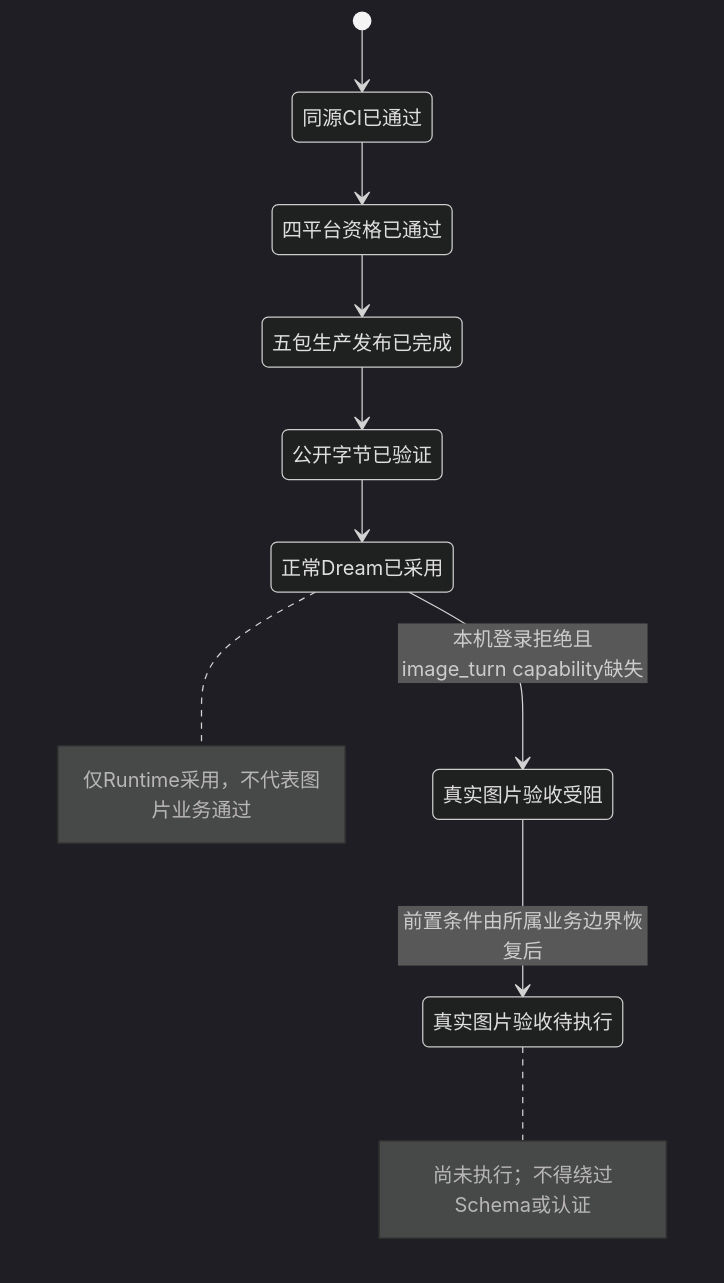
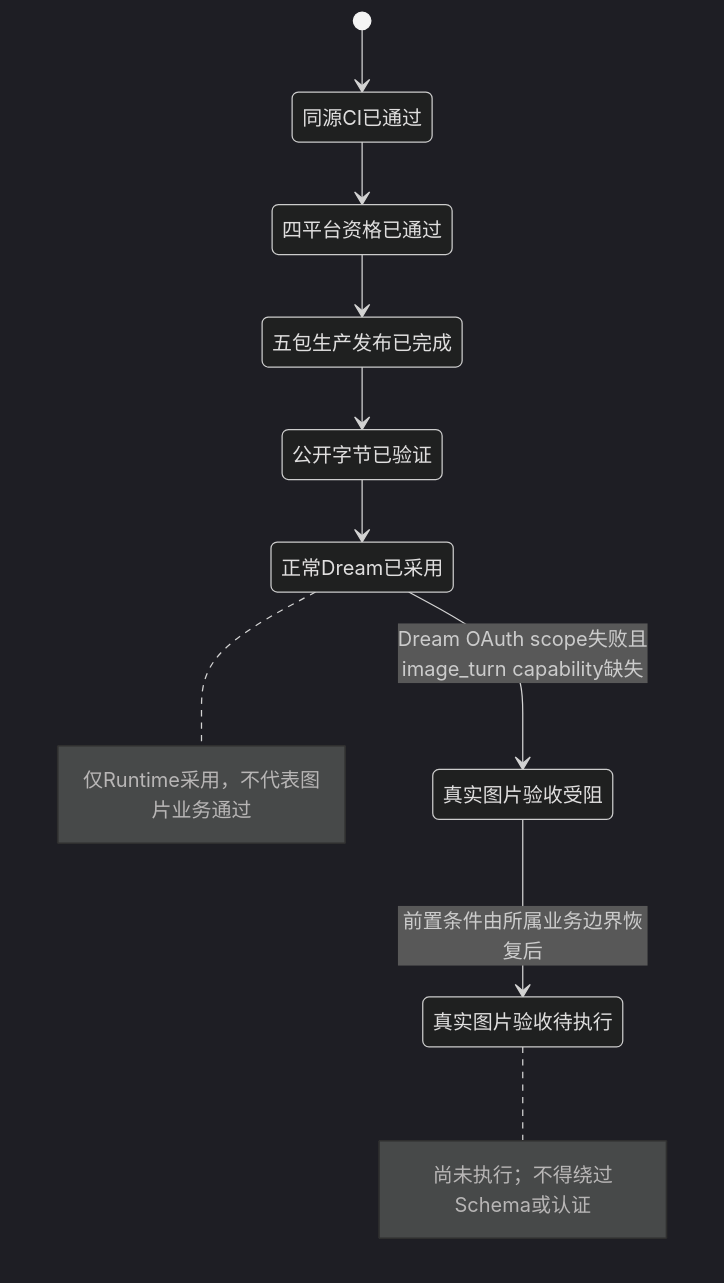
One commit to glide-the/ink-claude-code-dream changed the fifth of 5 diagrams in docs/design/single-source-release-and-dream-adoption.md. Above: the diagram before and after it, drawn with Mermaid (dark theme). The commit also changed other lines of this file and 3 other files, not shown here.

````diff
--- a/docs/design/single-source-release-and-dream-adoption.md
+++ b/docs/design/single-source-release-and-dream-adoption.md
@@ -286,12 +286,12 @@
 ```mermaid
 stateDiagram-v2
   [*] --> 同源CI已通过
   同源CI已通过 --> 四平台资格已通过
   四平台资格已通过 --> 五包生产发布已完成
   五包生产发布已完成 --> 公开字节已验证
   公开字节已验证 --> 正常Dream已采用
-  正常Dream已采用 --> 真实图片验收受阻: 本机登录拒绝且image_turn capability缺失
+  正常Dream已采用 --> 真实图片验收受阻: Dream OAuth scope失败且image_turn capability缺失
   真实图片验收受阻 --> 真实图片验收待执行: 前置条件由所属业务边界恢复后
   note right of 正常Dream已采用: 仅Runtime采用，不代表图片业务通过
   note right of 真实图片验收待执行: 尚未执行；不得绕过Schema或认证
 ```
````
